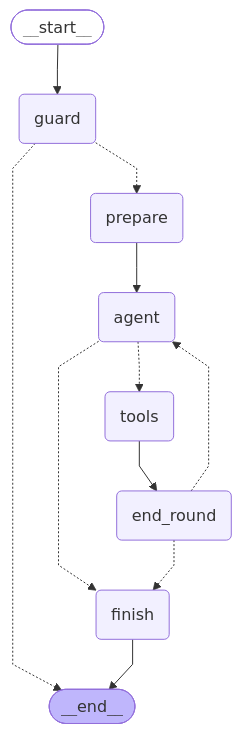
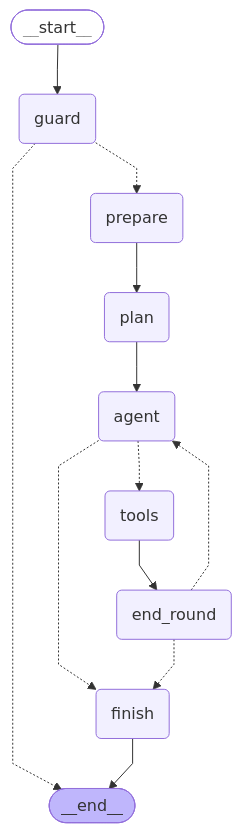
One commit to NMH1988/fitcoach-ai-assistant changed the first of 3 diagrams in docs/ARCHITECTURE.md. Above: the diagram before and after it, drawn with Mermaid. The commit also changed other lines of this file and 30 other files, not shown here.

````diff
--- a/docs/ARCHITECTURE.md
+++ b/docs/ARCHITECTURE.md
@@ -29,29 +29,31 @@
 ```mermaid
 ---
 config:
   flowchart:
     curve: linear
 ---
 graph TD;
 	__start__([<p>__start__</p>]):::first
 	guard(guard)
 	prepare(prepare)
+	plan(plan)
 	finish(finish)
 	agent(agent)
 	tools(tools)
 	end_round(end_round)
 	__end__([<p>__end__</p>]):::last
 	__start__ --> guard;
 	agent -.-> finish;
 	agent -.-> tools;
 	end_round -.-> agent;
 	end_round -.-> finish;
 	guard -.-> __end__;
 	guard -.-> prepare;
-	prepare --> agent;
+	plan --> agent;
+	prepare --> plan;
 	tools --> end_round;
 	finish --> __end__;
 	classDef default fill:#f2f0ff,line-height:1.2
 	classDef first fill-opacity:0
 	classDef last fill:#bfb6fc
 ```
````
